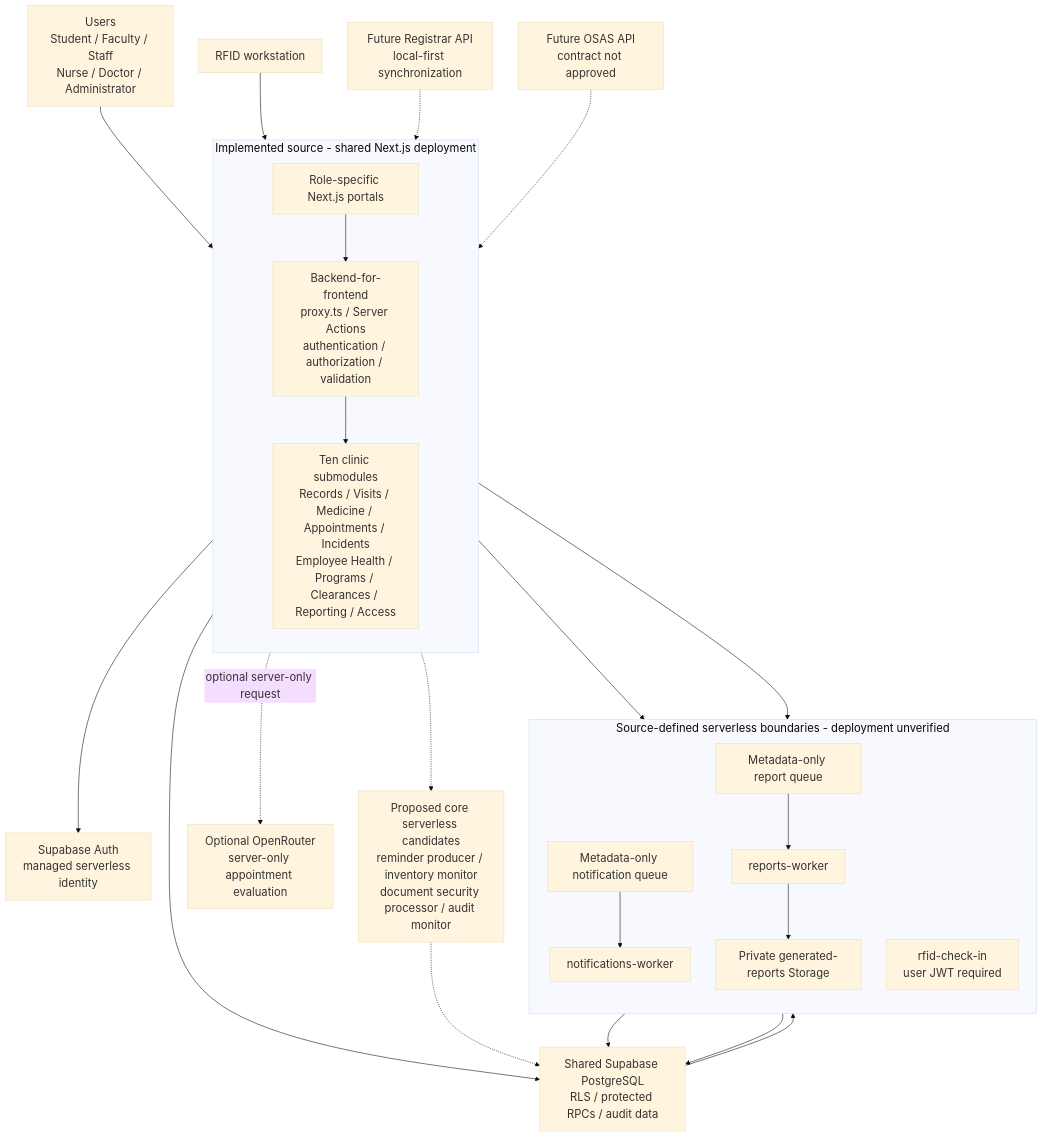
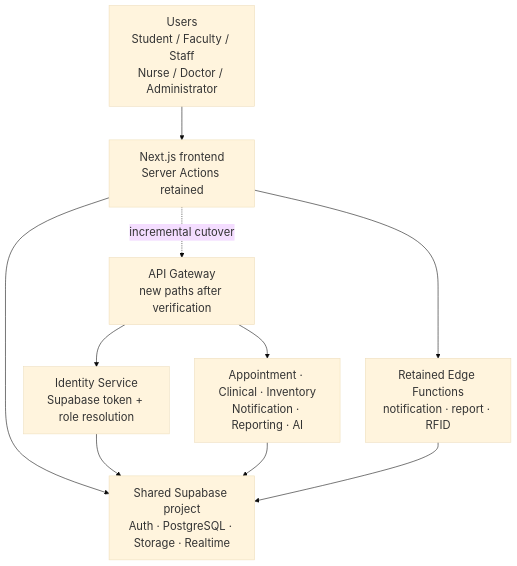
The tenth of 14 diagrams in docs/SOFTWARE_ARCHITECTURE_DOCUMENT.md (Tokise/Zentraq-backend), drawn with Mermaid before and after one commit. The commit also changed other lines of this file and 12 other files, not shown here.

````diff
--- a/docs/SOFTWARE_ARCHITECTURE_DOCUMENT.md
+++ b/docs/SOFTWARE_ARCHITECTURE_DOCUMENT.md
@@ -695,57 +721,26 @@
 ```mermaid
 ---
 config:
   theme: base
   themeVariables:
     fontSize: "20px"
   flowchart:
     nodeSpacing: 45
     rankSpacing: 60
 ---
 flowchart TB
     Users["Users<br/>Student / Faculty / Staff<br/>Nurse / Doctor / Administrator"]
-    Scanner["RFID workstation"]
+    Frontend["Next.js frontend<br/>Server Actions retained"]
+    Gateway["API Gateway<br/>new paths after verification"]
+    Identity["Identity Service<br/>Supabase token + role resolution"]
+    Domains["Appointment · Clinical · Inventory<br/>Notification · Reporting · AI"]
+    Supabase["Shared Supabase project<br/>Auth · PostgreSQL · Storage · Realtime"]
+    Edge["Retained Edge Functions<br/>notification · report · RFID"]
 
-    subgraph Application["Implemented source - shared Next.js deployment"]
-        direction TB
-        Portals["Role-specific Next.js portals"]
-        Boundary["Backend-for-frontend<br/>proxy.ts / Server Actions<br/>authentication / authorization / validation"]
-        Modules["Ten clinic submodules<br/>Records / Visits / Medicine / Appointments / Incidents<br/>Employee Health / Programs / Clearances / Reporting / Access"]
-        Portals --> Boundary --> Modules
-    end
-
-    Auth["Supabase Auth<br/>managed serverless identity"]
-    Database["Shared Supabase PostgreSQL<br/>RLS / protected RPCs / audit data"]
-
-    subgraph Focused["Source-defined serverless boundaries - deployment unverified"]
-        direction TB
-        NotificationQueue["Metadata-only notification queue"]
-        NotificationWorker["notifications-worker"]
-        ReportQueue["Metadata-only report queue"]
-        ReportWorker["reports-worker"]
-        ReportStorage["Private generated-reports Storage"]
-        RfidWorker["rfid-check-in<br/>user JWT required"]
-
-        NotificationQueue --> NotificationWorker
-        ReportQueue --> ReportWorker --> ReportStorage
-    end
-
-    OpenRouter["Optional OpenRouter<br/>server-only appointment evaluation"]
-    Candidates["Proposed core serverless candidates<br/>reminder producer / inventory monitor<br/>document security processor / audit monitor"]
-    Registrar["Future Registrar API<br/>local-first synchronization"]
-    OSAS["Future OSAS API<br/>contract not approved"]
-
-    Users --> Portals
-    Scanner --> Boundary
-    Boundary --> Auth
-    Modules --> Database
-    Database --> NotificationQueue
-    NotificationWorker --> Database
-    Modules --> ReportQueue
-    Boundary --> RfidWorker --> Database
-    Modules -.->|optional server-only request| OpenRouter
-    Modules -.-> Candidates
-    Candidates -.-> Database
-    Registrar -.-> Modules
-    OSAS -.-> Modules
+    Users --> Frontend
+    Frontend --> Supabase
+    Frontend -.->|incremental cutover| Gateway
+    Gateway --> Identity --> Supabase
+    Gateway --> Domains --> Supabase
+    Frontend --> Edge --> Supabase
 ```
````
